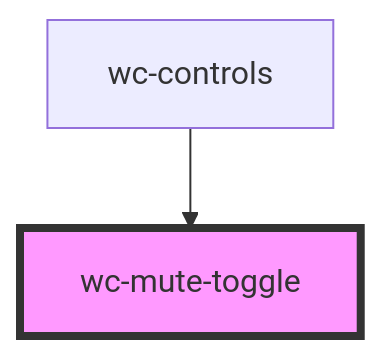
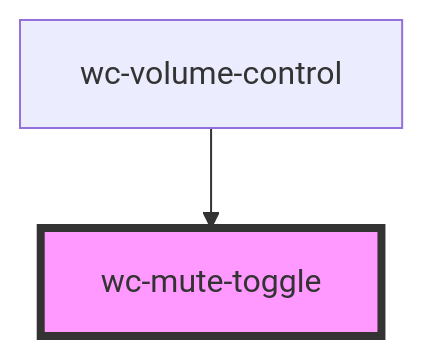
The diagram in packages/wcplayer-components/src/components/wc-mute-toggle/readme.md (iChengbo/wcplayer), drawn with Mermaid before and after one commit. The commit also changed other lines of this file and 13 other files, not shown here.

Commit message:
feat(wc-volume-control): new component

````diff
--- a/packages/wcplayer-components/src/components/wc-mute-toggle/readme.md
+++ b/packages/wcplayer-components/src/components/wc-mute-toggle/readme.md
@@ -22,5 +22,5 @@
 ```mermaid
 graph TD;
-  wc-controls --> wc-mute-toggle
+  wc-volume-control --> wc-mute-toggle
   style wc-mute-toggle fill:#f9f,stroke:#333,stroke-width:4px
 ```
````
